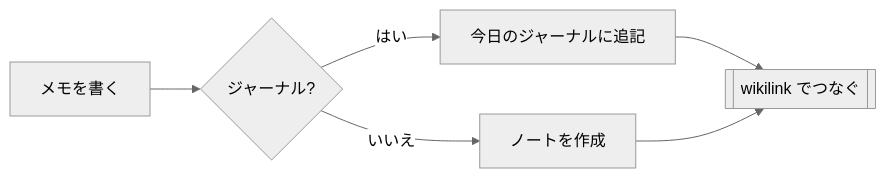
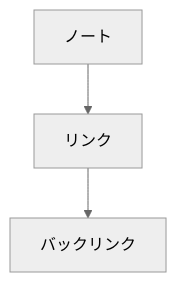
Before and after one commit to tjst-t/loamium: the diagram in packages/server/src/samples/機能ガイド/mermaid 図.md, drawn with Mermaid (neutral theme). The commit also changed other lines of this file and 18 other files, not shown here.

First line of the commit message:
feat(render): コードハイライト / KaTeX 数式 / Mermaid 図 (task #14)

````diff
--- a/packages/server/src/samples/機能ガイド/mermaid 図.md
+++ b/packages/server/src/samples/機能ガイド/mermaid 図.md
@@ -7,8 +9,5 @@
 ```mermaid
-flowchart LR
-  A[メモを書く] --> B{ジャーナル?}
-  B -- はい --> C[今日のジャーナルに追記]
-  B -- いいえ --> D[ノートを作成]
-  C --> E[[wikilink でつなぐ]]
-  D --> E
+graph TD
+  A[ノート] --> B[リンク]
+  B --> C[バックリンク]
 ```
````
